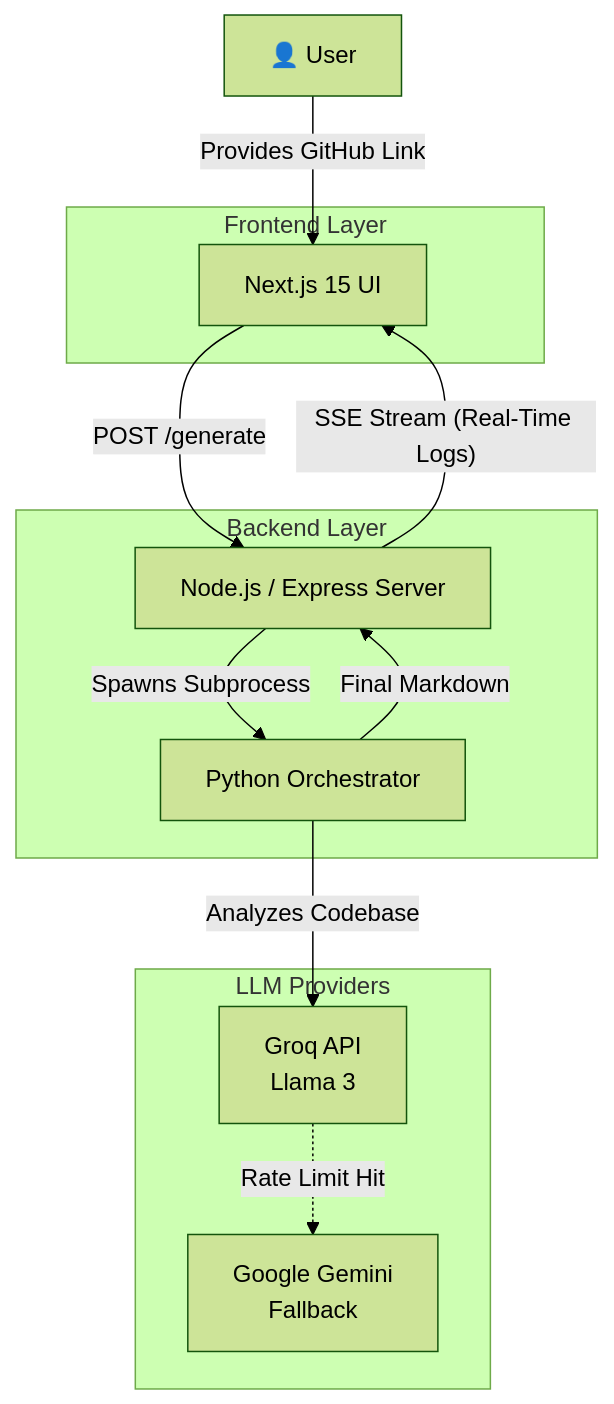
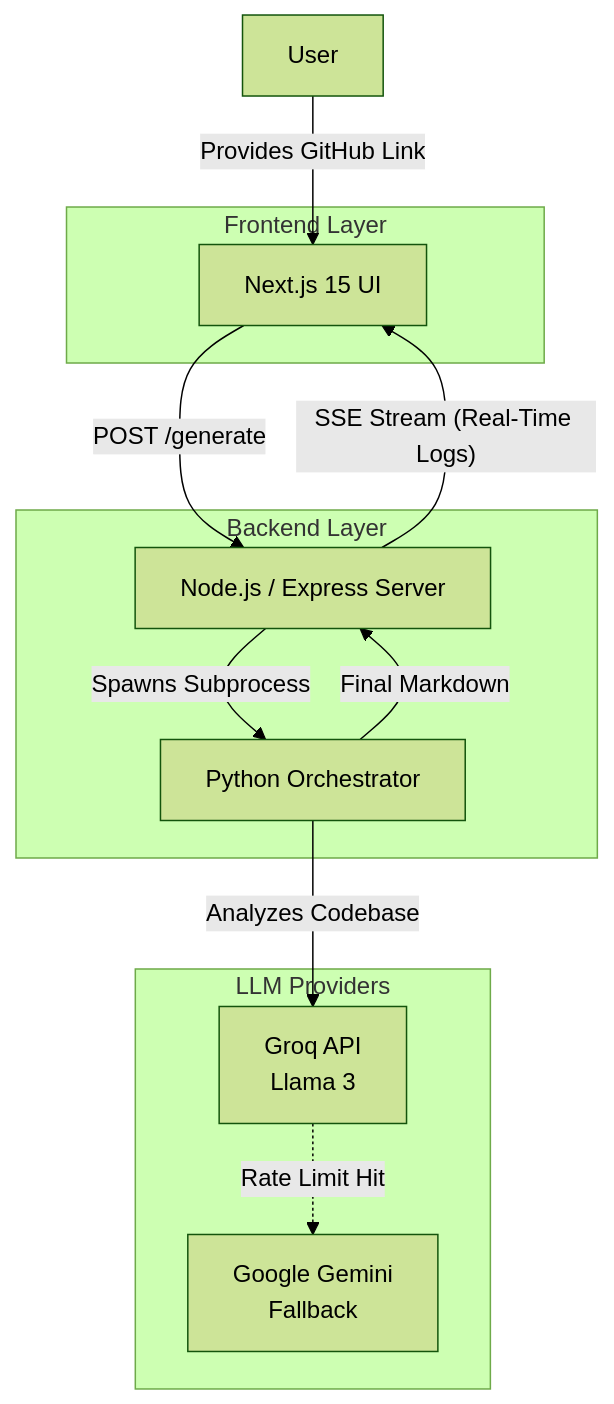
Before and after one commit to pranshulgupta33940/README-GENERATOR: the diagram in README.md, drawn with Mermaid (forest theme). The commit also changed other lines of this file, not shown here.

````diff
--- a/README.md
+++ b/README.md
@@ -39,25 +39,25 @@
 ```mermaid
 graph TD;
-    User[👤 User] -->|Provides GitHub Link| Frontend;
+    User[ User] -->|Provides GitHub Link| Frontend;
     
     subgraph Vercel [Frontend Layer]
         Frontend[Next.js 15 UI]
     end
     
     subgraph Render [Backend Layer]
         Backend[Node.js / Express Server]
         Python[Python Orchestrator]
     end
     
     subgraph AI [LLM Providers]
         Groq[Groq API <br> Llama 3]
         Gemini[Google Gemini <br> Fallback]
     end
 
     Frontend -- POST /generate --> Backend
     Backend -- SSE Stream (Real-Time Logs) --> Frontend
     Backend -- Spawns Subprocess --> Python
     Python -- Analyzes Codebase --> Groq
     Groq -. Rate Limit Hit .-> Gemini
     Python -- Final Markdown --> Backend
 ```
````
